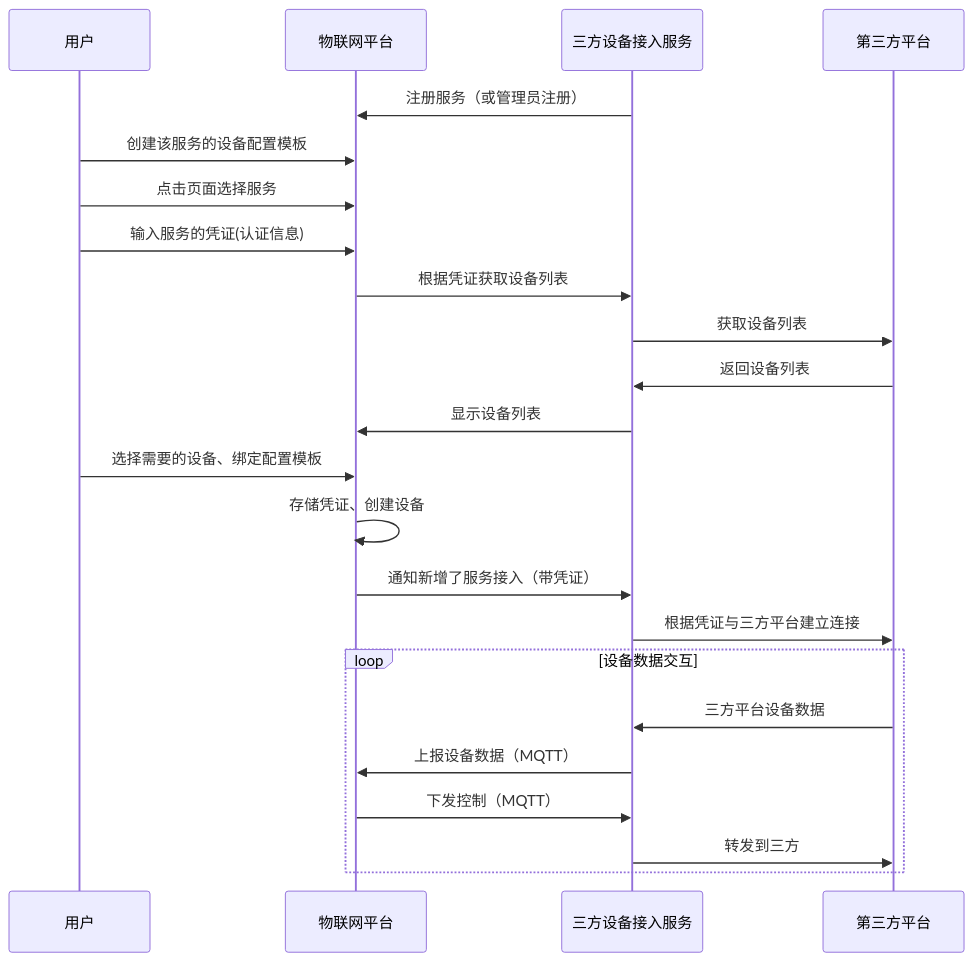
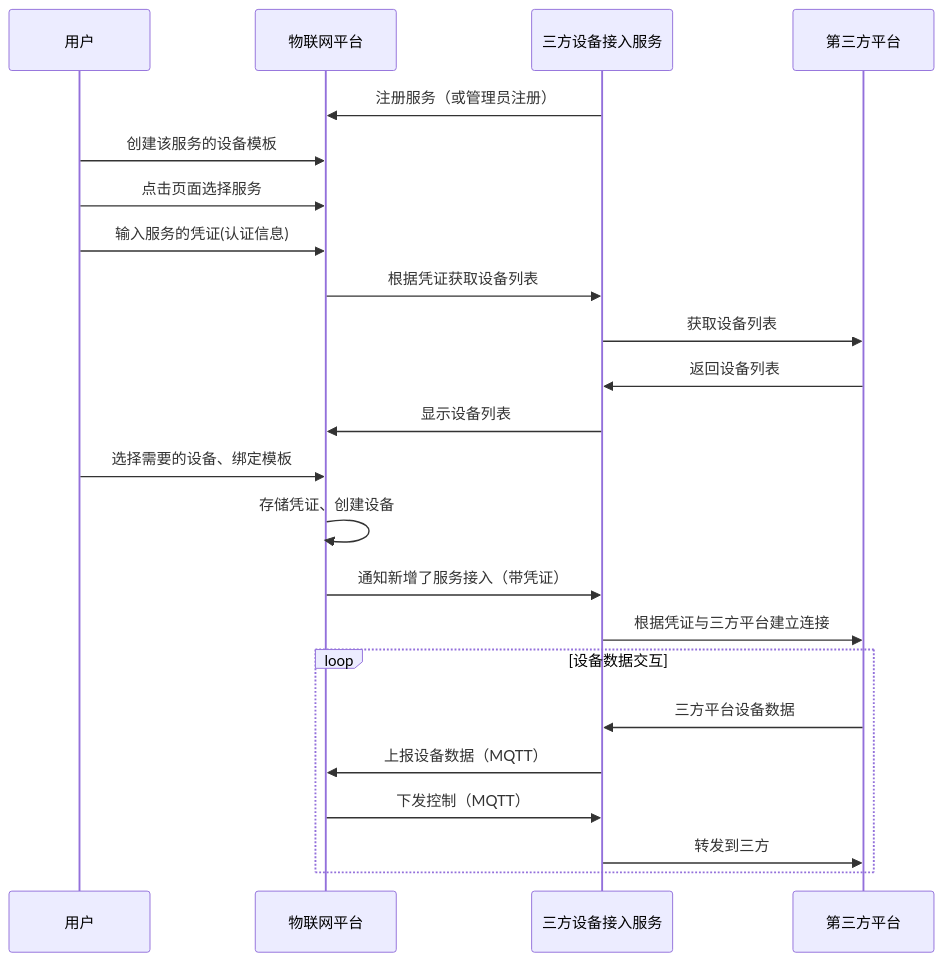
The second of 3 diagrams in docs/developer-guide/developing-plug-in/customProtocol.md (ThingsPanel/thingspanel.github.io), drawn with Mermaid before and after one commit. The commit also changed 9 other files, not shown here.

````diff
--- a/docs/developer-guide/developing-plug-in/customProtocol.md
+++ b/docs/developer-guide/developing-plug-in/customProtocol.md
@@ -76,27 +76,27 @@
 ```mermaid
 sequenceDiagram
     participant 用户
     participant OurPlatform as 物联网平台
     participant Plugin as 三方设备接入服务
     participant ThirdParty as 第三方平台
 
     Plugin->>OurPlatform: 注册服务（或管理员注册）
-    用户->>OurPlatform: 创建该服务的设备配置模板
+    用户->>OurPlatform: 创建该服务的设备模板
     用户->>OurPlatform: 点击页面选择服务
     用户->>OurPlatform: 输入服务的凭证(认证信息)
     OurPlatform->>Plugin: 根据凭证获取设备列表
     Plugin->>ThirdParty: 获取设备列表
     ThirdParty->>Plugin: 返回设备列表
     Plugin->>OurPlatform: 显示设备列表
-    用户->>OurPlatform: 选择需要的设备、绑定配置模板
+    用户->>OurPlatform: 选择需要的设备、绑定模板
     OurPlatform->>OurPlatform: 存储凭证、创建设备
     OurPlatform->>Plugin: 通知新增了服务接入（带凭证）
     Plugin->>ThirdParty: 根据凭证与三方平台建立连接
     
     loop 设备数据交互
         ThirdParty->>Plugin: 三方平台设备数据
         Plugin->>OurPlatform: 上报设备数据（MQTT）
         OurPlatform->>Plugin: 下发控制（MQTT）
         Plugin->>ThirdParty: 转发到三方
     end
 ```
````
